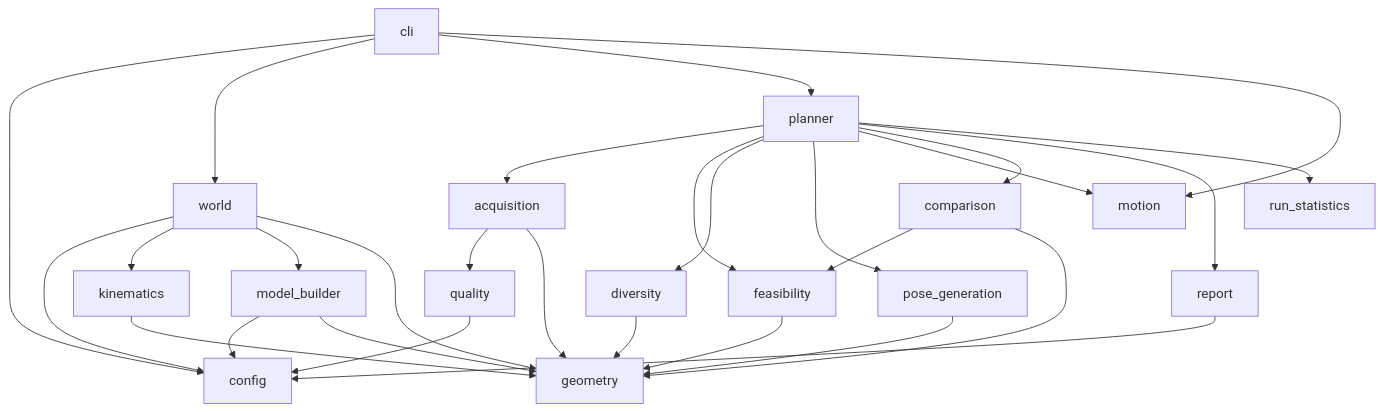
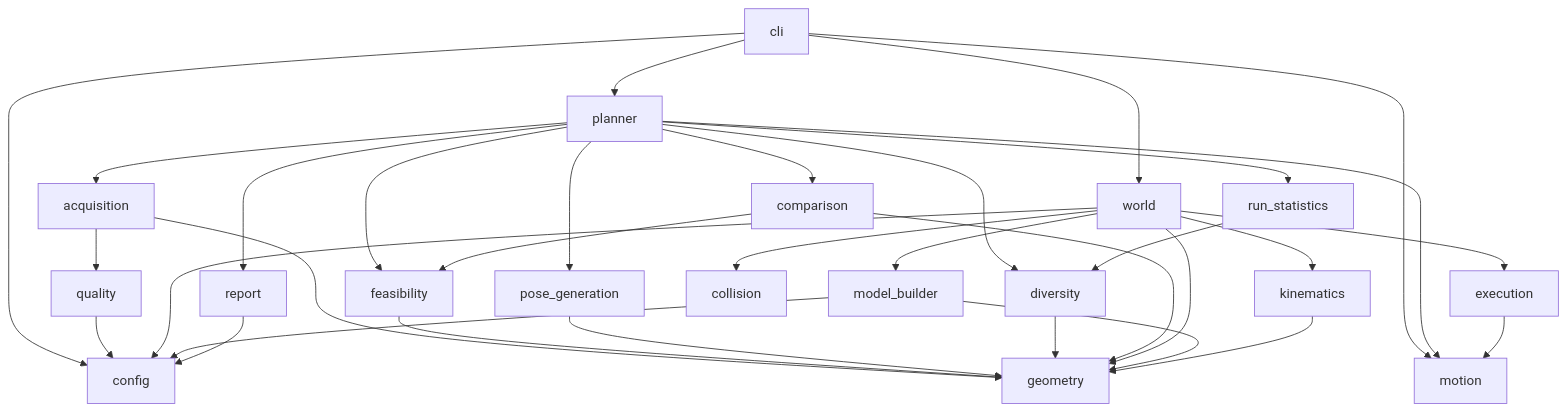
The first of 2 diagrams in docs/simulation_architecture.md (weimin77/viewpoint_sim), drawn with Mermaid before and after one commit. The commit also changed other lines of this file and 5 other files, not shown here.

````diff
--- a/docs/simulation_architecture.md
+++ b/docs/simulation_architecture.md
@@ -61,34 +65,38 @@
 ```mermaid
 graph TD
     cli[cli] --> config[config]
     cli --> world[world]
     cli --> planner[planner]
     cli --> motion[motion]
 
     planner --> acquisition[acquisition]
     planner --> feasibility[feasibility]
     planner --> diversity[diversity]
     planner --> pose_generation[pose_generation]
     planner --> motion
     planner --> comparison[comparison]
     planner --> report[report]
     planner --> run_statistics[run_statistics]
 
     acquisition --> quality[quality]
     acquisition --> geometry[geometry]
     feasibility --> geometry
     pose_generation --> geometry
     diversity --> geometry
+    run_statistics --> diversity
     quality --> config
     comparison --> feasibility
     comparison --> geometry
 
     world --> config
     world --> kinematics[kinematics]
     world --> model_builder[model_builder]
+    world --> collision[collision]
+    world --> execution[execution]
     world --> geometry
+    execution --> motion
     model_builder --> config
     model_builder --> geometry
     kinematics --> geometry
     report --> config
 ```
````
